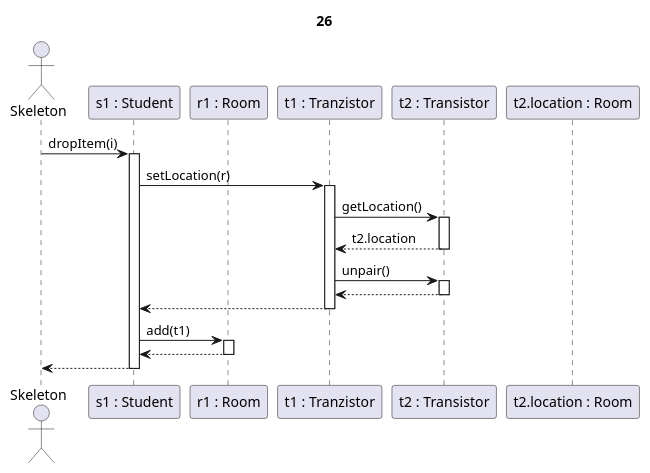
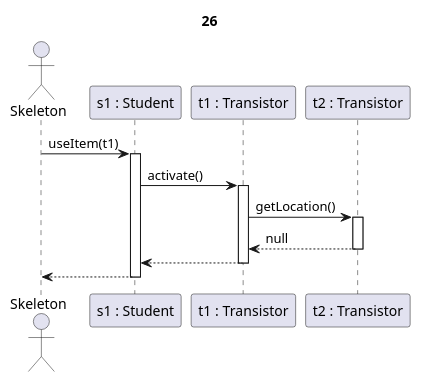
One commit to kipolaris/skyrimscriptsuttogok changed the diagram in partII_sequence diagrams/26.puml. Above: the diagram before and after it, drawn with PlantUML. The commit also changed 110 other files, not shown here.

Commit message:
finalize partII sequence diagrams

```diff
--- a/partII_sequence diagrams/26.puml
+++ b/partII_sequence diagrams/26.puml
@@ -1,29 +1,21 @@
-@startuml transistor drop2
+@startuml transistor can't use
 
 title 26
 
 actor Skeleton as sk
 participant "s1 : Student" as s
-participant "r1 : Room" as r
-Participant "t1 : Tranzistor" as tranz1
-participant "t2 : Transistor" as tranz2
-participant "t2.location : Room" as r2
+participant "t1 : Transistor" as t1
+participant "t2 : Transistor" as t2
 
-sk->s ++: dropItem(i)
+sk -> s ++: useItem(t1)
 
-s-> tranz1 ++: setLocation(r)
+s->t1 ++: activate()
 
-tranz1->tranz2 ++: getLocation()
-tranz2-->tranz1 --: t2.location
+t1 -> t2 ++: getLocation()
+t2 --> t1 --: null
 
-tranz1 -> tranz2 ++: unpair()
-tranz2--> tranz1 --:
-
-s <-- tranz1 --:
-
-s -> r ++: add(t1)
-r-->s --:
+t1 --> s --:
 
 s-->sk --:
 
 @enduml
```
